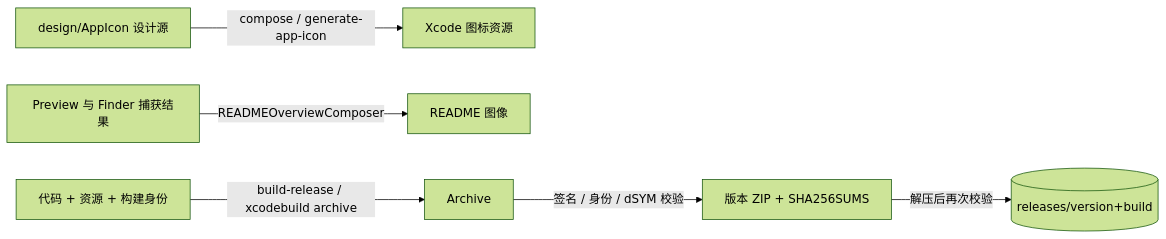
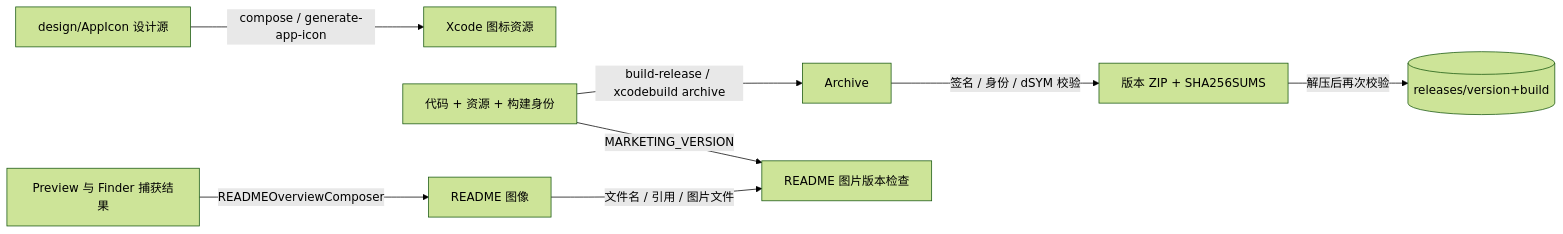
One commit to tlb-22/mac-tool-ecmenu changed the third of 3 diagrams in spec/Technical/Delivery/DevelopmentWorkflow.md. Above: the diagram before and after it, drawn with Mermaid (forest theme). The commit also changed other lines of this file and 38 other files, not shown here.

````diff
--- a/spec/Technical/Delivery/DevelopmentWorkflow.md
+++ b/spec/Technical/Delivery/DevelopmentWorkflow.md
@@ -64,8 +65,10 @@
 ```mermaid
 flowchart LR
     icon[design/AppIcon 设计源] -->|compose / generate-app-icon| resources[Xcode 图标资源]
     captures[Preview 与 Finder 捕获结果] -->|READMEOverviewComposer| readme[README 图像]
     code[代码 + 资源 + 构建身份] -->|build-release / xcodebuild archive| archive[Archive]
+    readme -->|文件名 / 引用 / 图片文件| imageCheck[README 图片版本检查]
+    code -->|MARKETING_VERSION| imageCheck
     archive -->|签名 / 身份 / dSYM 校验| zip[版本 ZIP + SHA256SUMS]
     zip -->|解压后再次校验| release[(releases/version+build)]
 ```
````
